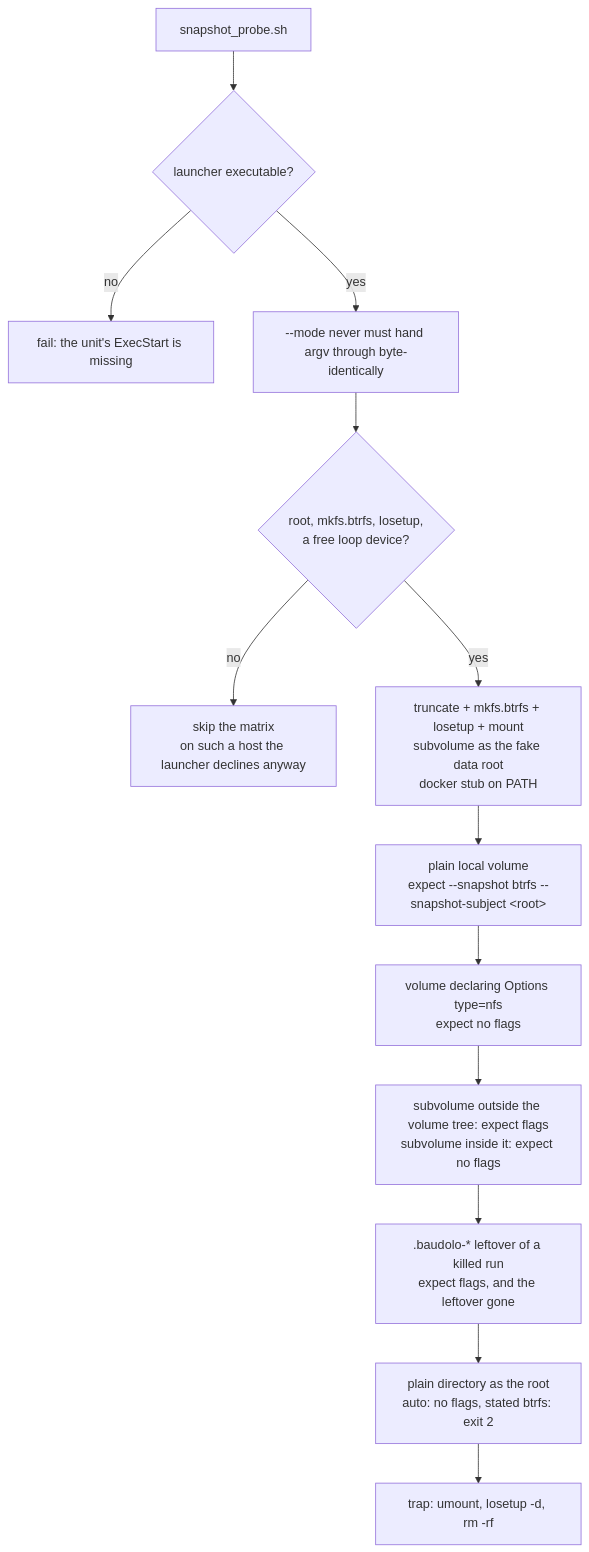
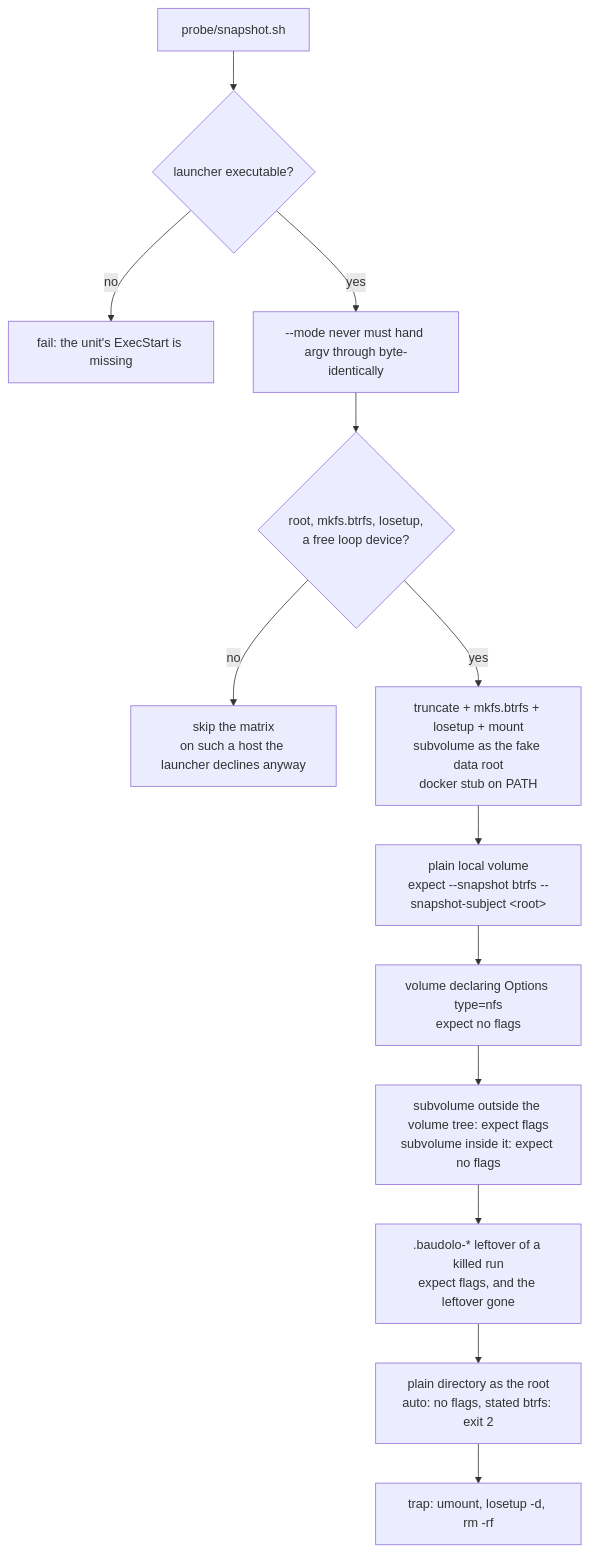
One commit to AlejandroRomanIbanez/infinito-nexus changed the second of 4 diagrams in roles/svc-bkp-volume-2-local/files/test/README.md. Above: the diagram before and after it, drawn with Mermaid. The commit also changed other lines of this file and 11 other files, not shown here.

````diff
--- a/roles/svc-bkp-volume-2-local/files/test/README.md
+++ b/roles/svc-bkp-volume-2-local/files/test/README.md
@@ -38,15 +55,15 @@
 ```mermaid
 flowchart TD
-    START["snapshot_probe.sh"] --> DEPLOYED{"launcher executable?"}
+    START["probe/snapshot.sh"] --> DEPLOYED{"launcher executable?"}
     DEPLOYED -->|no| BAD["fail: the unit's ExecStart is missing"]
     DEPLOYED -->|yes| NEVER["--mode never must hand argv through byte-identically"]
     NEVER --> TOOLS{"root, mkfs.btrfs, losetup,<br>a free loop device?"}
     TOOLS -->|no| SKIPPED["skip the matrix<br>on such a host the launcher declines anyway"]
     TOOLS -->|yes| BUILD["truncate + mkfs.btrfs + losetup + mount<br>subvolume as the fake data root<br>docker stub on PATH"]
     BUILD --> M1["plain local volume<br>expect --snapshot btrfs --snapshot-subject &lt;root&gt;"]
     M1 --> M2["volume declaring Options type=nfs<br>expect no flags"]
     M2 --> M3["subvolume outside the volume tree: expect flags<br>subvolume inside it: expect no flags"]
     M3 --> M4[".baudolo-* leftover of a killed run<br>expect flags, and the leftover gone"]
     M4 --> M5["plain directory as the root<br>auto: no flags, stated btrfs: exit 2"]
     M5 --> CLEAN["trap: umount, losetup -d, rm -rf"]
 ```
````
